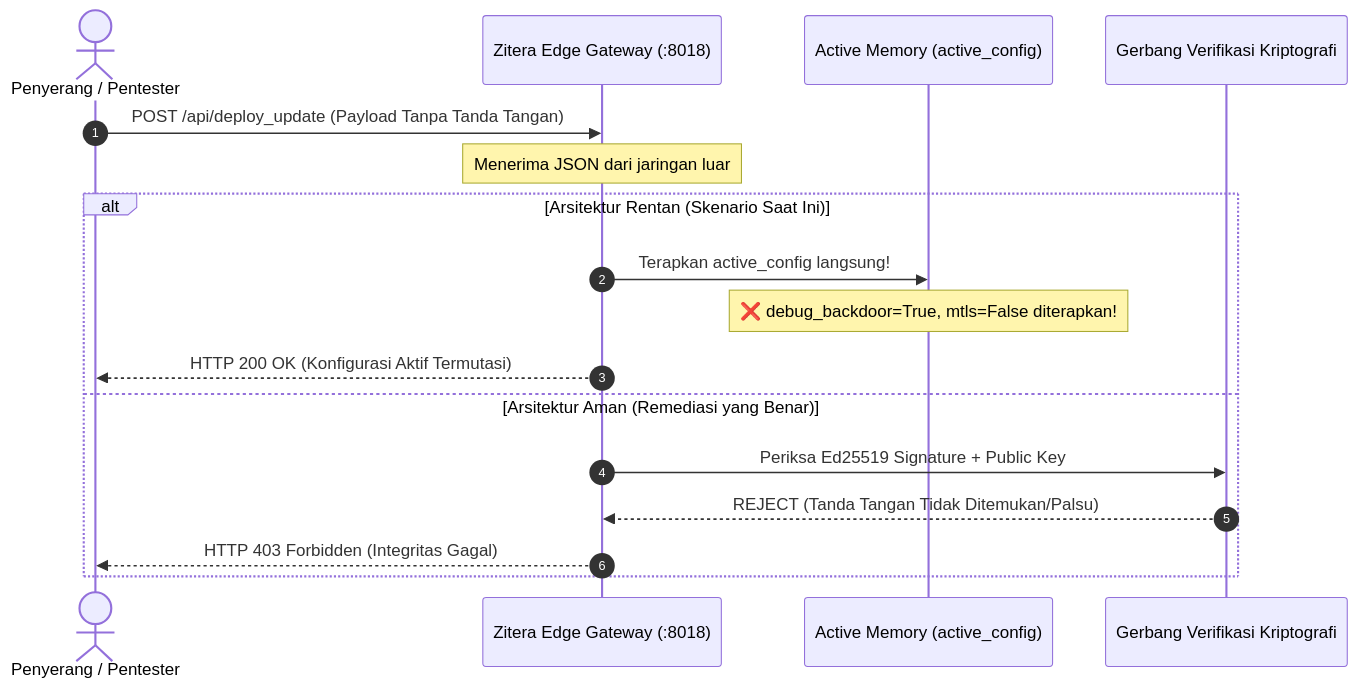
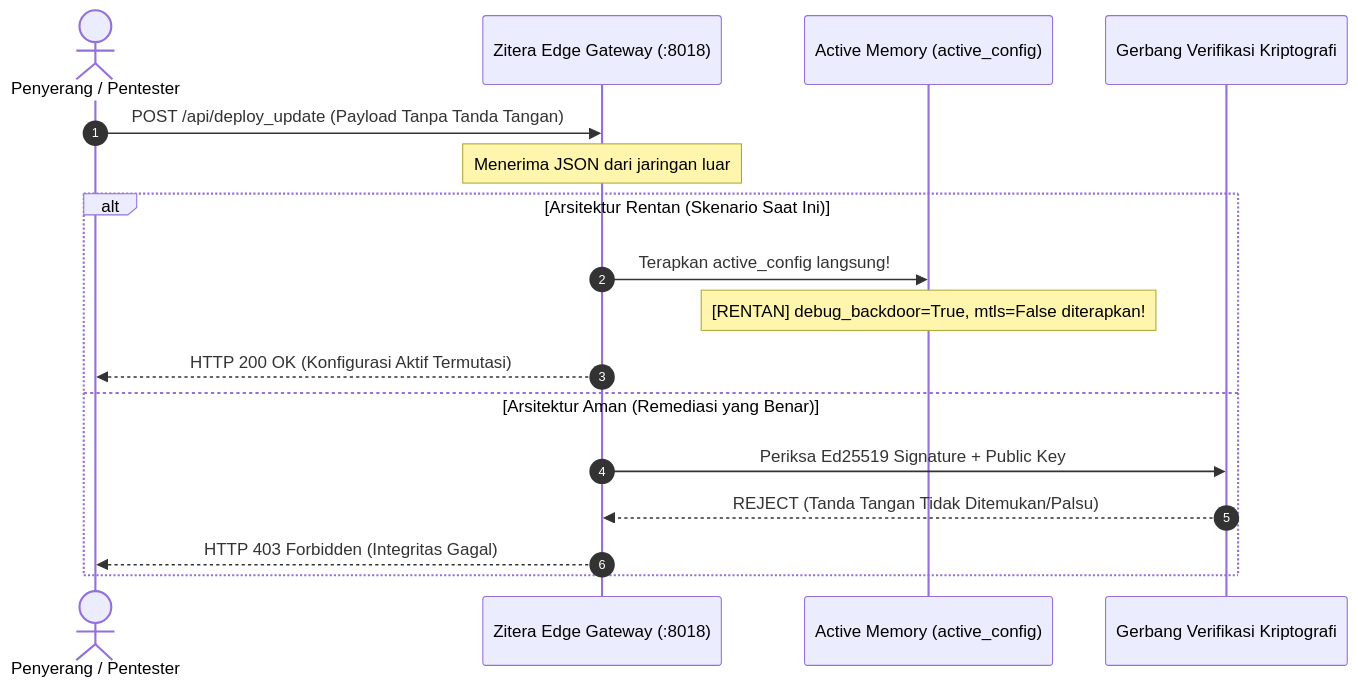
Before and after one commit to xdaamar/zitera_lab: the diagram in labs/A08/lesson/architecture.id.md, drawn with Mermaid. The commit also changed 440 other files, not shown here.

````diff
--- a/labs/A08/lesson/architecture.id.md
+++ b/labs/A08/lesson/architecture.id.md
@@ -26,21 +26,21 @@
 ```mermaid
 sequenceDiagram
     autonumber
     actor Attacker as Penyerang / Pentester
     participant EdgeGateway as Zitera Edge Gateway (:8018)
     participant RuntimeMemory as Active Memory (active_config)
     participant VerificationGate as Gerbang Verifikasi Kriptografi
 
     Attacker->>EdgeGateway: POST /api/deploy_update (Payload Tanpa Tanda Tangan)
     Note over EdgeGateway: Menerima JSON dari jaringan luar
 
     alt Arsitektur Rentan (Skenario Saat Ini)
         EdgeGateway->>RuntimeMemory: Terapkan active_config langsung!
-        Note over RuntimeMemory: ❌ debug_backdoor=True, mtls=False diterapkan!
+        Note over RuntimeMemory: [RENTAN] debug_backdoor=True, mtls=False diterapkan!
         EdgeGateway-->>Attacker: HTTP 200 OK (Konfigurasi Aktif Termutasi)
     else Arsitektur Aman (Remediasi yang Benar)
         EdgeGateway->>VerificationGate: Periksa Ed25519 Signature + Public Key
         VerificationGate-->>EdgeGateway: REJECT (Tanda Tangan Tidak Ditemukan/Palsu)
         EdgeGateway-->>Attacker: HTTP 403 Forbidden (Integritas Gagal)
     end
 ```
````
